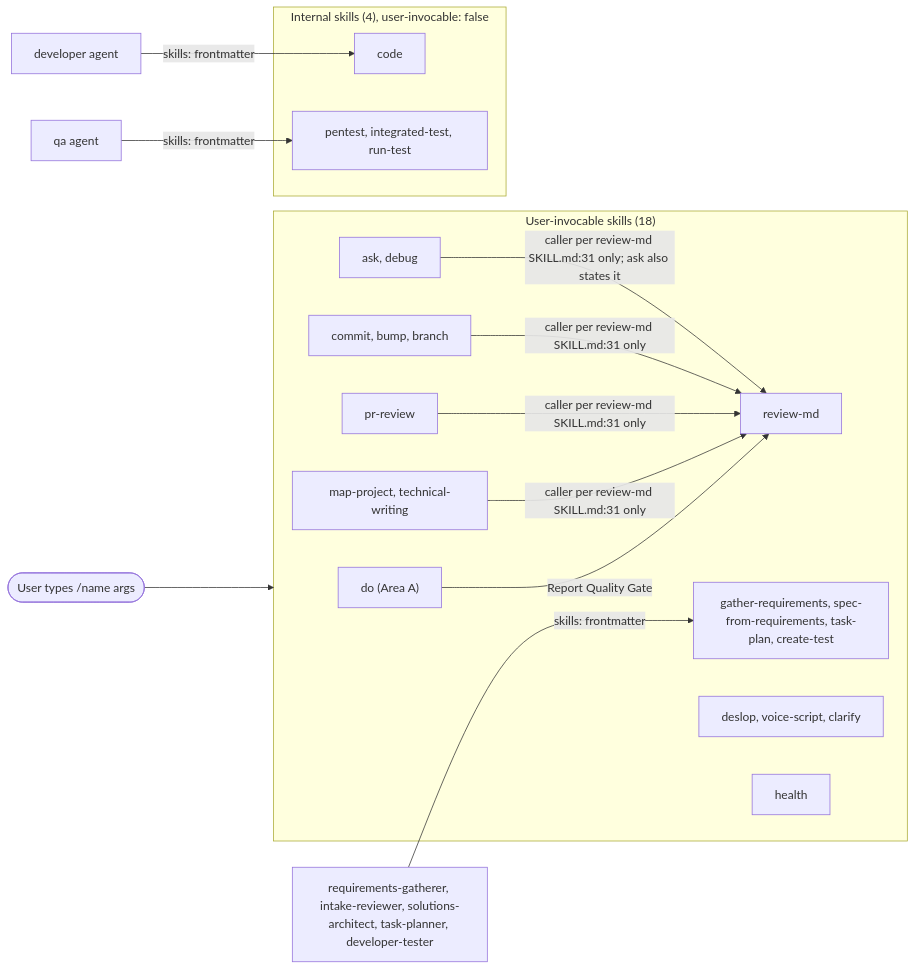
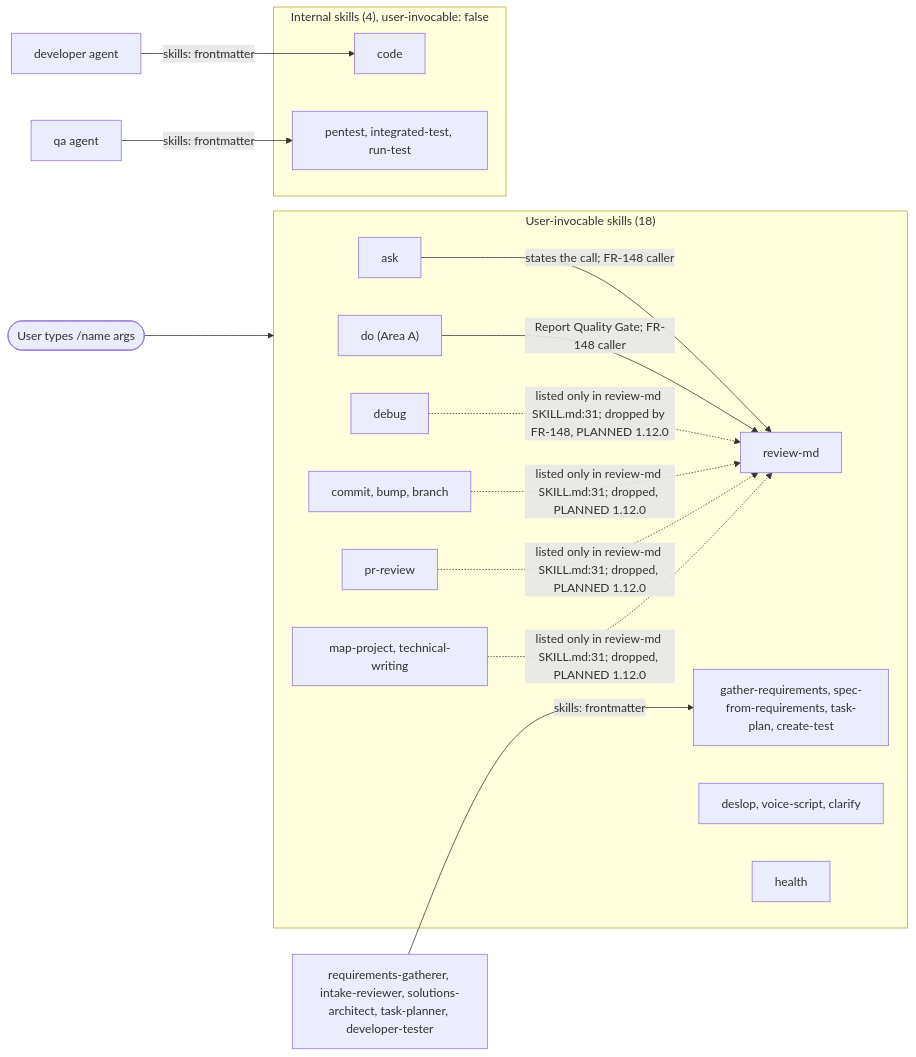
The diagram in specs/spec-skills.md (tjmonsi/assist-marketplace-plugin), drawn with Mermaid before and after one commit. The commit also changed other lines of this file and 60 other files, not shown here.

````diff
--- a/specs/spec-skills.md
+++ b/specs/spec-skills.md
@@ -283,28 +281,30 @@
 ```mermaid
 flowchart LR
   User(["User types /name args"])
   subgraph UI["User-invocable skills (18)"]
     Do["do (Area A)"]
-    QD["ask, debug"]
+    Ask["ask"]
+    Dbg["debug"]
     Git["commit, bump, branch"]
     PR["pr-review"]
     Docs["map-project, technical-writing"]
     RMD["review-md"]
     Chain["gather-requirements, spec-from-requirements, task-plan, create-test"]
     Prose["deslop, voice-script, clarify"]
     Health["health"]
   end
   subgraph INT["Internal skills (4), user-invocable: false"]
     Code["code"]
     QA3["pentest, integrated-test, run-test"]
   end
   User --> UI
   ChainAgents["requirements-gatherer, intake-reviewer, solutions-architect, task-planner, developer-tester"] -->|"skills: frontmatter"| Chain
   Dev["developer agent"] -->|"skills: frontmatter"| Code
   QA["qa agent"] -->|"skills: frontmatter"| QA3
-  QD -->|"caller per review-md SKILL.md:31 only; ask also states it"| RMD
-  Git -->|"caller per review-md SKILL.md:31 only"| RMD
-  PR -->|"caller per review-md SKILL.md:31 only"| RMD
-  Docs -->|"caller per review-md SKILL.md:31 only"| RMD
-  Do -->|"Report Quality Gate"| RMD
+  Ask -->|"states the call; FR-148 caller"| RMD
+  Do -->|"Report Quality Gate; FR-148 caller"| RMD
+  Dbg -.->|"listed only in review-md SKILL.md:31; dropped by FR-148, PLANNED 1.12.0"| RMD
+  Git -.->|"listed only in review-md SKILL.md:31; dropped, PLANNED 1.12.0"| RMD
+  PR -.->|"listed only in review-md SKILL.md:31; dropped, PLANNED 1.12.0"| RMD
+  Docs -.->|"listed only in review-md SKILL.md:31; dropped, PLANNED 1.12.0"| RMD
 ```
````
